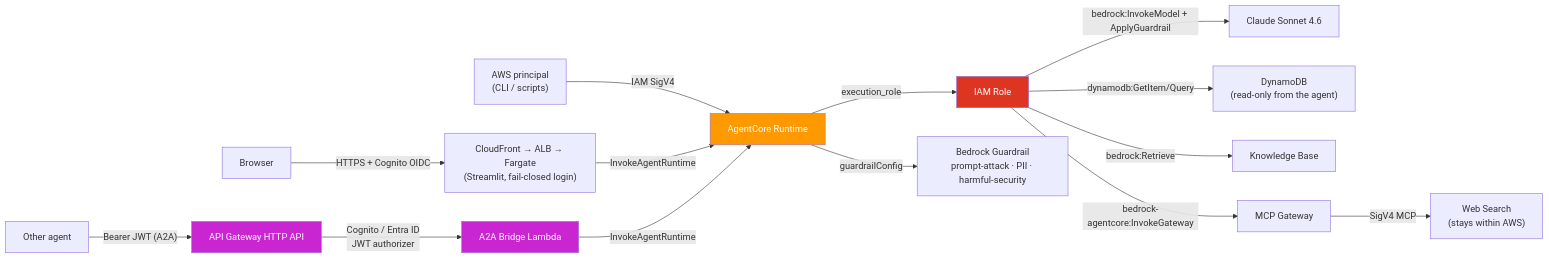
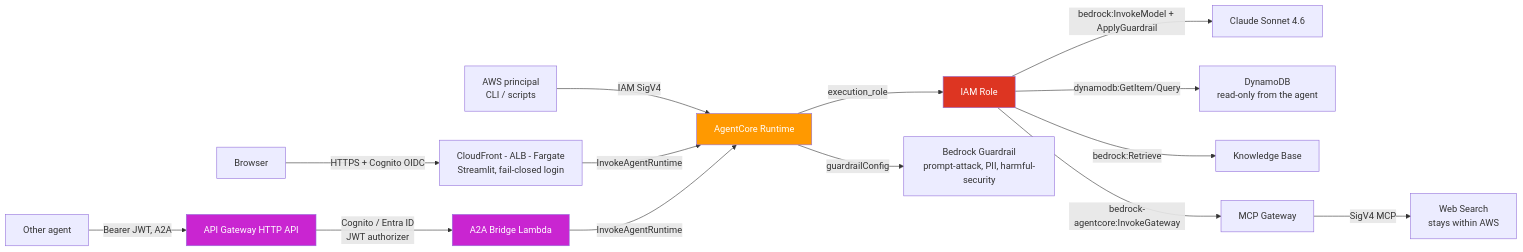
The second of 2 diagrams in docs/architecture-guidelines.md (mgbec/SCF-Agent-with-A2A), drawn with Mermaid before and after one commit. The commit also changed other lines of this file and 1 other file, not shown here.

Commit message:
docs: harden mermaid diagrams for GitHub's renderer
GitHub's mermaid kept the README diagram stuck on "Loading". mermaid-cli
(v11) parses all the blocks fine, so this removes the constructs GitHub's
renderer is historically finicky about rather than a hard syntax error:

- no parentheses inside node labels (kept in subgraph titles, which render
  fine) -> "A2A tasks (24h TTL)" becomes "A2A tasks - 24h TTL", etc.
- no arrow glyphs (U+2192) inside node labels -> "CloudFront -> ALB -> Fargate"
- no "&" inside node labels ("Q&A" -> "answers")
- README diagram: drop the emoji, and define Runtime on first use instead of a
  standalone declaration after bare forward references
- split chained labelled edges (A -->|x| B --> C) into separate statements

All five mermaid blocks (README, architecture-guidelines x2, a2a-integration,
frontend-deployment) validate with mermaid-cli after the change.

````diff
--- a/docs/architecture-guidelines.md
+++ b/docs/architecture-guidelines.md
@@ -255,20 +256,22 @@
 ```mermaid
 graph LR
-    IAM["AWS principal<br/>(CLI / scripts)"] -->|"IAM SigV4"| Runtime["AgentCore Runtime"]
-    UI["Browser"] -->|"HTTPS + Cognito OIDC"| CF["CloudFront → ALB → Fargate<br/>(Streamlit, fail-closed login)"] -->|"InvokeAgentRuntime"| Runtime
-    Agent["Other agent"] -->|"Bearer JWT (A2A)"| APIGW["API Gateway HTTP API"]
-    APIGW -->|"Cognito / Entra ID<br/>JWT authorizer"| Bridge["A2A Bridge Lambda"] -->|"InvokeAgentRuntime"| Runtime
+    IAM["AWS principal<br/>CLI / scripts"] -->|"IAM SigV4"| Runtime["AgentCore Runtime"]
+    UI["Browser"] -->|"HTTPS + Cognito OIDC"| CF["CloudFront - ALB - Fargate<br/>Streamlit, fail-closed login"]
+    CF -->|"InvokeAgentRuntime"| Runtime
+    Agent["Other agent"] -->|"Bearer JWT, A2A"| APIGW["API Gateway HTTP API"]
+    APIGW -->|"Cognito / Entra ID<br/>JWT authorizer"| Bridge["A2A Bridge Lambda"]
+    Bridge -->|"InvokeAgentRuntime"| Runtime
 
     Runtime -->|"execution_role"| Role["IAM Role"]
-    Runtime -->|"guardrailConfig"| GR["Bedrock Guardrail<br/>prompt-attack · PII · harmful-security"]
+    Runtime -->|"guardrailConfig"| GR["Bedrock Guardrail<br/>prompt-attack, PII, harmful-security"]
     Role -->|"bedrock:InvokeModel + ApplyGuardrail"| Model["Claude Sonnet 4.6"]
-    Role -->|"dynamodb:GetItem/Query"| DDB["DynamoDB<br/>(read-only from the agent)"]
+    Role -->|"dynamodb:GetItem/Query"| DDB["DynamoDB<br/>read-only from the agent"]
     Role -->|"bedrock:Retrieve"| KB["Knowledge Base"]
     Role -->|"bedrock-agentcore:InvokeGateway"| GW["MCP Gateway"]
-    GW -->|"SigV4 MCP"| WS["Web Search<br/>(stays within AWS)"]
+    GW -->|"SigV4 MCP"| WS["Web Search<br/>stays within AWS"]
 
     style Runtime fill:#ff9900,color:#fff
     style Role fill:#dd3522,color:#fff
     style APIGW fill:#c925d1,color:#fff
     style Bridge fill:#c925d1,color:#fff
 ```
````
